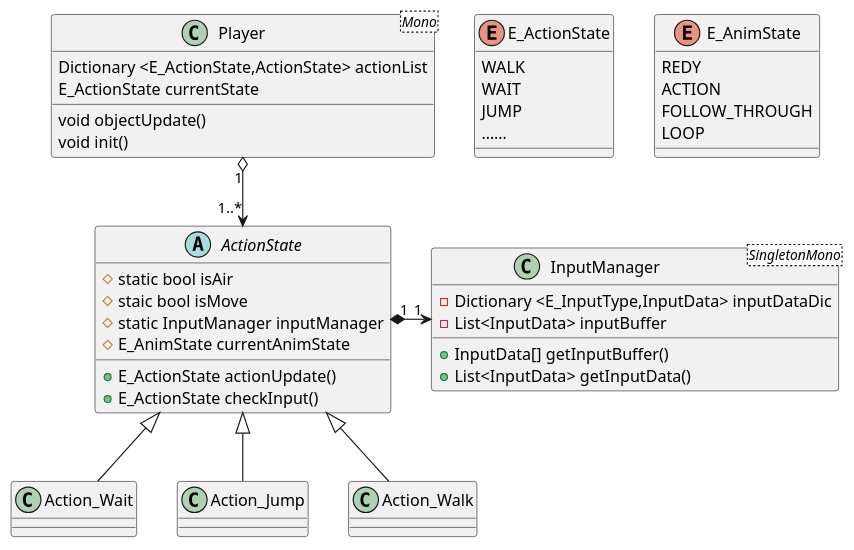
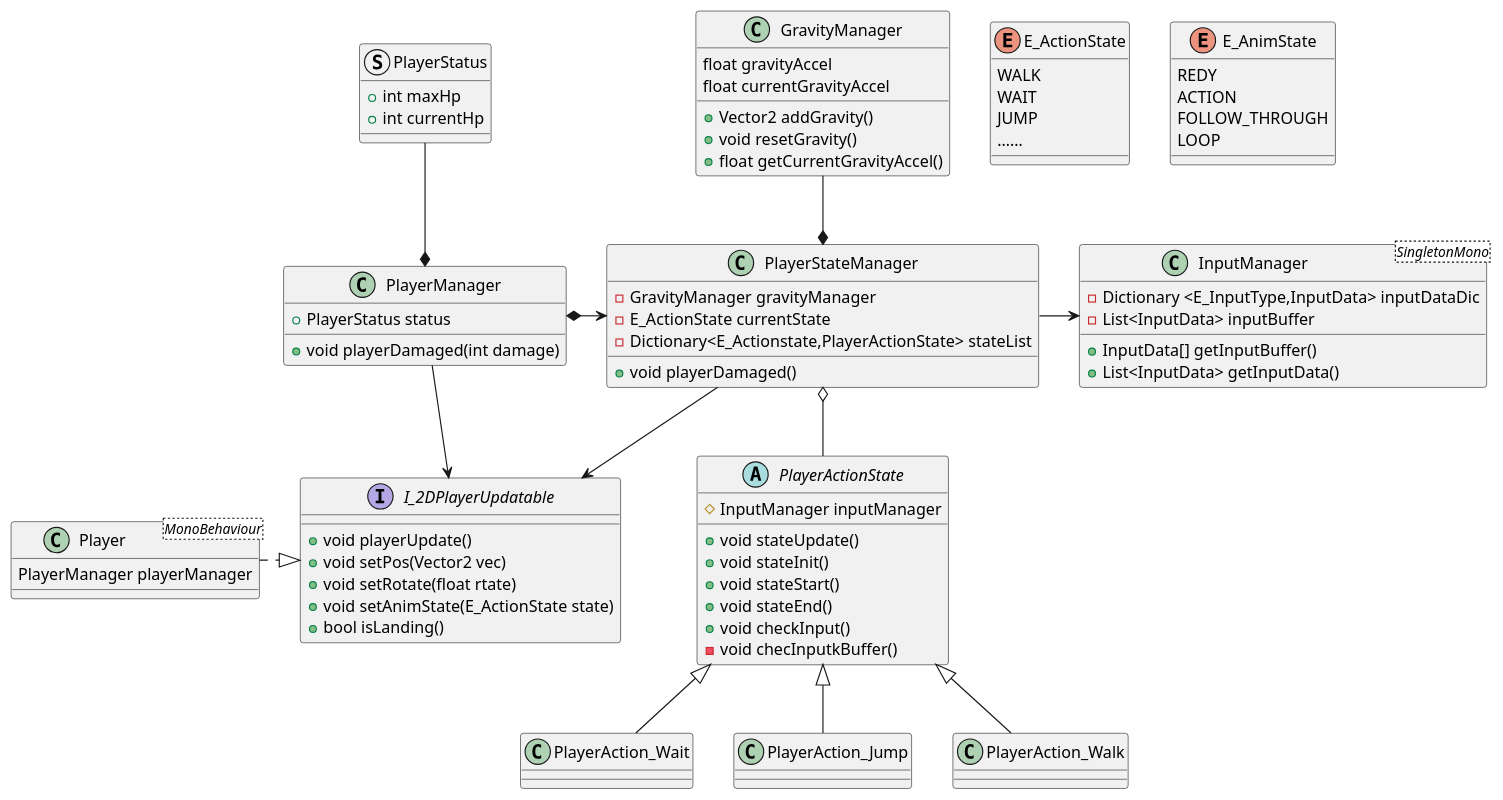
One commit to tezumozu/Unity_tests changed the diagram in Assets/Uml/Player_Class.pu. Above: the diagram before and after it, drawn with PlantUML. The commit also changed 9 other files, not shown here.

Commit message:
update uml Player Class design

```diff
--- a/Assets/Uml/Player_Class.pu
+++ b/Assets/Uml/Player_Class.pu
@@ -1,57 +1,107 @@
 @startuml 自機周りクラス設計
-    class Player <Mono>{
-        Dictionary <E_ActionState,ActionState> actionList
-        E_ActionState currentState
-        void objectUpdate()
-        void init()
+    class Player <MonoBehaviour>{ 
+        PlayerManager playerManager
     }
 
-    abstract ActionState{
-        # static bool isAir
-        # staic bool isMove
-        # static InputManager inputManager
-        # E_AnimState currentAnimState
-        + E_ActionState actionUpdate()
-        + E_ActionState checkInput()
+
+    class PlayerManager {
+        + PlayerStatus status
+        + void playerDamaged(int damage)
     }
 
-    class Action_Wait{
+
+    class PlayerStateManager {
+        - GravityManager gravityManager
+        - E_ActionState currentState
+        - Dictionary<E_Actionstate,PlayerActionState> stateList
+
+        + void playerDamaged()
+    }
+
+
+    class GravityManager{
+        float gravityAccel
+        float currentGravityAccel
+
+        + Vector2 addGravity()
+        + void resetGravity()
+        + float getCurrentGravityAccel()
+    }
+
+
+    struct PlayerStatus {
+        + int maxHp
+        + int currentHp
+    }
+
+
+    interface I_2DPlayerUpdatable{
+        + void playerUpdate()
+        + void setPos(Vector2 vec)
+        + void setRotate(float rtate)
+        + void setAnimState(E_ActionState state)
+        + bool isLanding()
+    }
+
+
+    abstract PlayerActionState{
+        #InputManager inputManager
+
+        + void stateUpdate()
+        + void stateInit()
+        + void stateStart()
+        + void stateEnd()
+        + void checkInput()
+        - void checInputkBuffer()
+    }
+
+
+    class PlayerAction_Wait{
         
     }
 
-    Class Action_Jump{
+    Class PlayerAction_Jump{
 
     }
 
-    Class Action_Walk{
+    Class PlayerAction_Walk{
 
     }
 
     Class InputManager <SingletonMono>{
         - Dictionary <E_InputType,InputData> inputDataDic
         - List<InputData> inputBuffer
         + InputData[] getInputBuffer()
         + List<InputData> getInputData()
     }
 
     enum E_ActionState{
         WALK
         WAIT
         JUMP
         ……
     }
 
     enum E_AnimState{
         REDY
         ACTION
         FOLLOW_THROUGH
         LOOP
     }
 
-    Player "1" o--> "1..*" ActionState
-    Action_Jump -up-|> ActionState
-    Action_Wait -up-|> ActionState
-    Action_Walk -up-|> ActionState
+    Player .right.|> I_2DPlayerUpdatable
+    PlayerManager *-up- PlayerStatus
+    PlayerManager *-right-> PlayerStateManager
+    PlayerManager --> I_2DPlayerUpdatable
 
-    ActionState "1" *-right-> "1" InputManager
+    PlayerStateManager --> I_2DPlayerUpdatable
+    PlayerStateManager -right-> InputManager
+    PlayerStateManager *-up- GravityManager
+
+    PlayerActionState -up-o PlayerStateManager
+
+    PlayerAction_Jump -up-|> PlayerActionState
+    PlayerAction_Wait -up-|> PlayerActionState
+    PlayerAction_Walk -up-|> PlayerActionState
+
 @enduml
```
